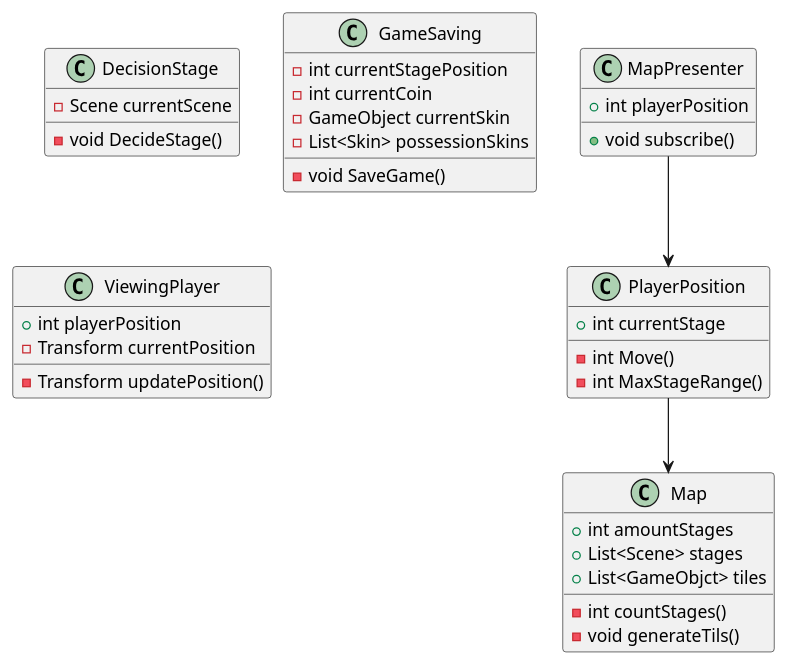
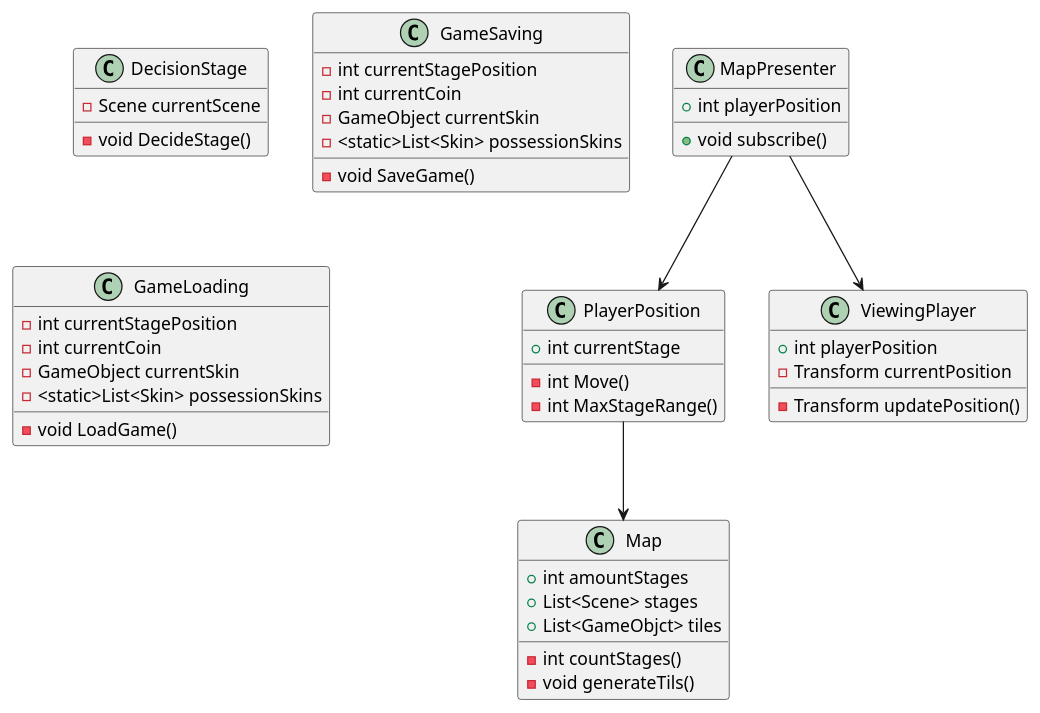
The diagram in Assets/ScripArchitecture/SelectingStageArchitecture.pu (44yyp9/Slow-dancer), drawn with PlantUML before and after one commit. The commit also changed 2 other files, not shown here.

Commit message:
[Update] Update ScriptArchitecture

```diff
--- a/Assets/ScripArchitecture/SelectingStageArchitecture.pu
+++ b/Assets/ScripArchitecture/SelectingStageArchitecture.pu
@@ -1,36 +1,44 @@
 @startuml MapScene
 class Map{
     +int amountStages
     +List<Scene> stages
     +List<GameObjct> tiles
     -int countStages()
     -void generateTils()
 }
 class PlayerPosition{
     +int currentStage
     -int Move()
     -int MaxStageRange()
 }
 class DecisionStage{
     -Scene currentScene
     -void DecideStage()
 }
 class GameSaving{
     -int currentStagePosition
     -int currentCoin
     -GameObject currentSkin
-    -List<Skin> possessionSkins
+    -<static>List<Skin> possessionSkins
     -void SaveGame()
+}
+class GameLoading{
+    -int currentStagePosition
+    -int currentCoin
+    -GameObject currentSkin
+    -<static>List<Skin> possessionSkins
+    -void LoadGame()
 }
 class MapPresenter{
     +int playerPosition
     +void subscribe()
 }
 class ViewingPlayer{
     +int playerPosition
     -Transform currentPosition
     -Transform updatePosition()
 }
 PlayerPosition-->Map
 MapPresenter-->PlayerPosition
+MapPresenter-->ViewingPlayer
 @enduml
```
